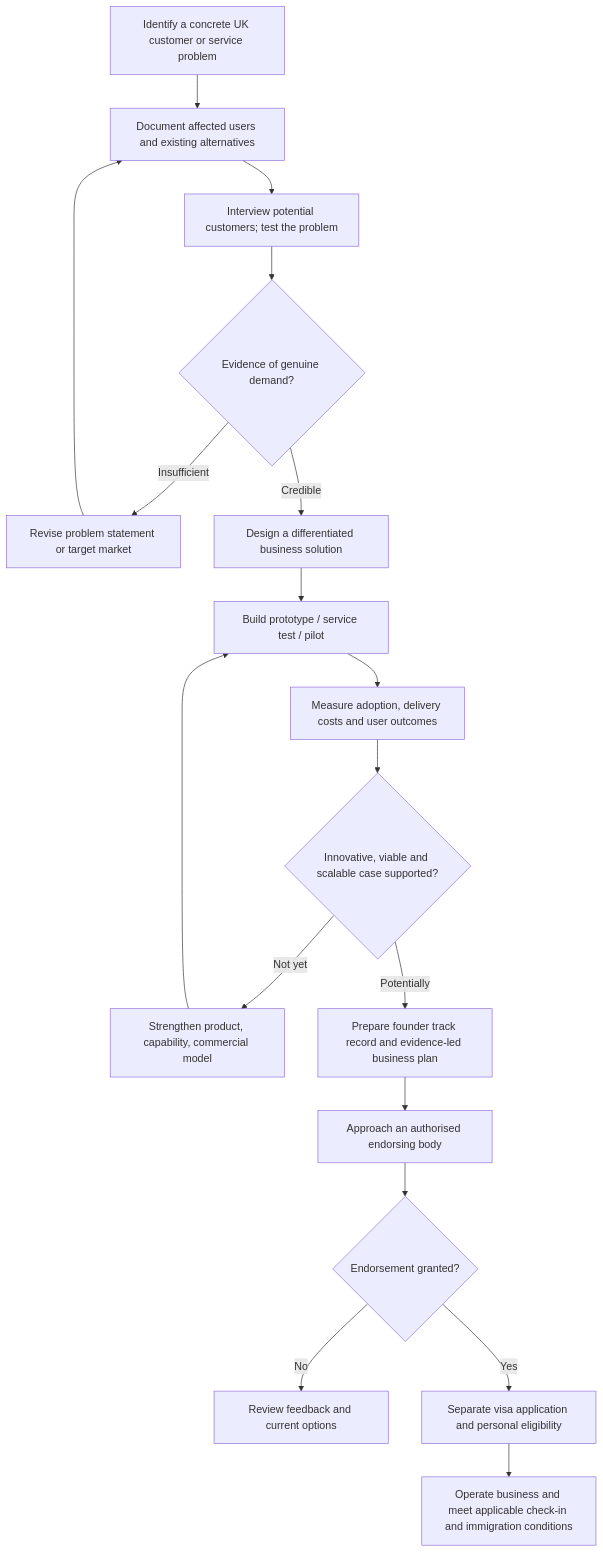
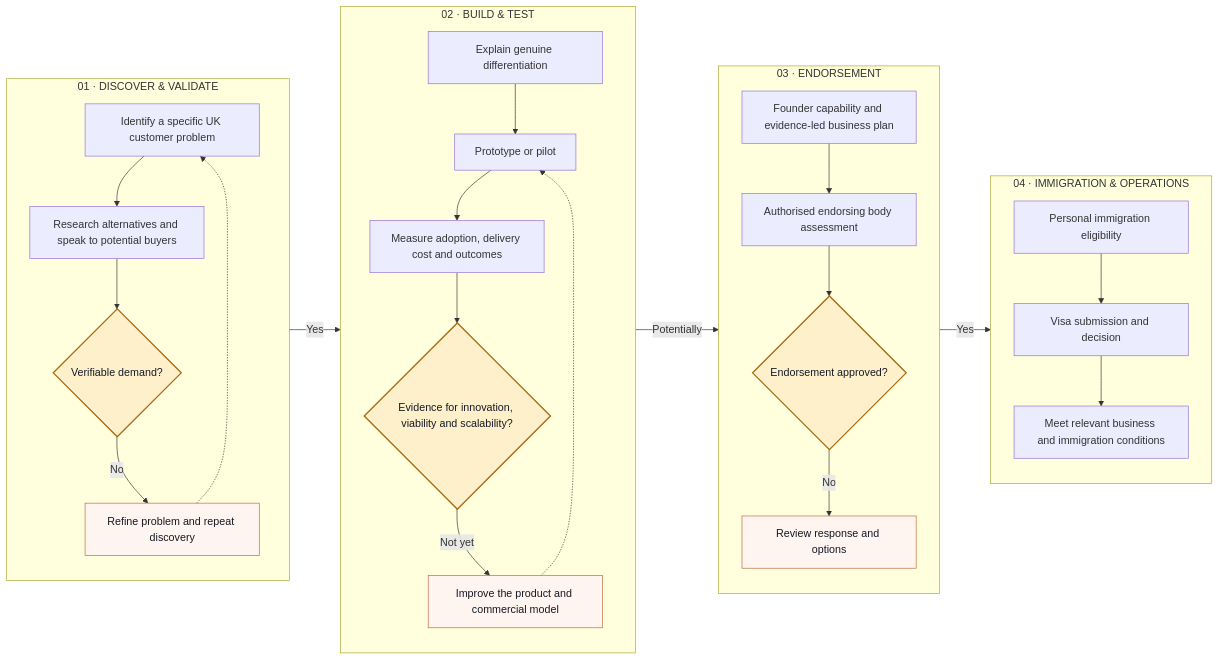
The diagram in immigration/innovator-founder/guide.md (Mettelo/mettelo-resource-hub), drawn with Mermaid before and after one commit.

Commit message:
Replace basic process diagram with branded, staged architecture map

````diff
--- a/immigration/innovator-founder/guide.md
+++ b/immigration/innovator-founder/guide.md
@@ -14,20 +14,36 @@
 ```mermaid
-flowchart TD
-    A["Identify a concrete UK customer or service problem"] --> B["Document affected users and existing alternatives"]
-    B --> C["Interview potential customers; test the problem"]
-    C --> D{"Evidence of genuine demand?"}
-    D -- "Insufficient" --> E["Revise problem statement or target market"]
-    E --> B
-    D -- "Credible" --> F["Design a differentiated business solution"]
-    F --> G["Build prototype / service test / pilot"]
-    G --> H["Measure adoption, delivery costs and user outcomes"]
-    H --> I{"Innovative, viable and scalable case supported?"}
-    I -- "Not yet" --> J["Strengthen product, capability, commercial model"]
-    J --> G
-    I -- "Potentially" --> K["Prepare founder track record and evidence-led business plan"]
-    K --> L["Approach an authorised endorsing body"]
-    L --> M{"Endorsement granted?"}
-    M -- "No" --> N["Review feedback and current options"]
-    M -- "Yes" --> O["Separate visa application and personal eligibility"]
-    O --> P["Operate business and meet applicable check-in and immigration conditions"]
+flowchart LR
+  subgraph A["01 · DISCOVER & VALIDATE"]
+    direction TB
+    A1["Identify a specific UK customer problem"] --> A2["Research alternatives and speak to potential buyers"]
+    A2 --> A3{"Verifiable demand?"}
+    A3 -->|No| A4["Refine problem and repeat discovery"]
+    A4 -.-> A1
+  end
+  subgraph B["02 · BUILD & TEST"]
+    direction TB
+    B1["Explain genuine differentiation"] --> B2["Prototype or pilot"]
+    B2 --> B3["Measure adoption, delivery cost and outcomes"]
+    B3 --> B4{"Evidence for innovation, viability and scalability?"}
+    B4 -->|Not yet| B5["Improve the product and commercial model"]
+    B5 -.-> B2
+  end
+  subgraph C["03 · ENDORSEMENT"]
+    direction TB
+    C1["Founder capability and evidence-led business plan"] --> C2["Authorised endorsing body assessment"]
+    C2 --> C3{"Endorsement approved?"}
+    C3 -->|No| C4["Review response and options"]
+  end
+  subgraph D["04 · IMMIGRATION & OPERATIONS"]
+    direction TB
+    D1["Personal immigration eligibility"] --> D2["Visa submission and decision"]
+    D2 --> D3["Meet relevant business and immigration conditions"]
+  end
+  A3 -->|Yes| B1
+  B4 -->|Potentially| C1
+  C3 -->|Yes| D1
+  classDef gate fill:#fff0cc,stroke:#a66b12,color:#141925,stroke-width:2px;
+  classDef alert fill:#fff5f0,stroke:#bb6b3c,color:#141925;
+  class A3,B4,C3 gate;
+  class A4,B5,C4 alert;
 ```
````
